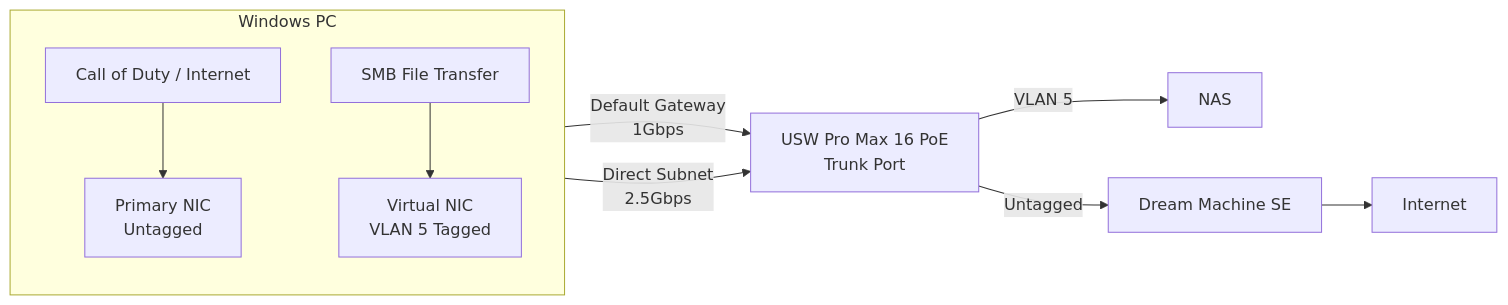
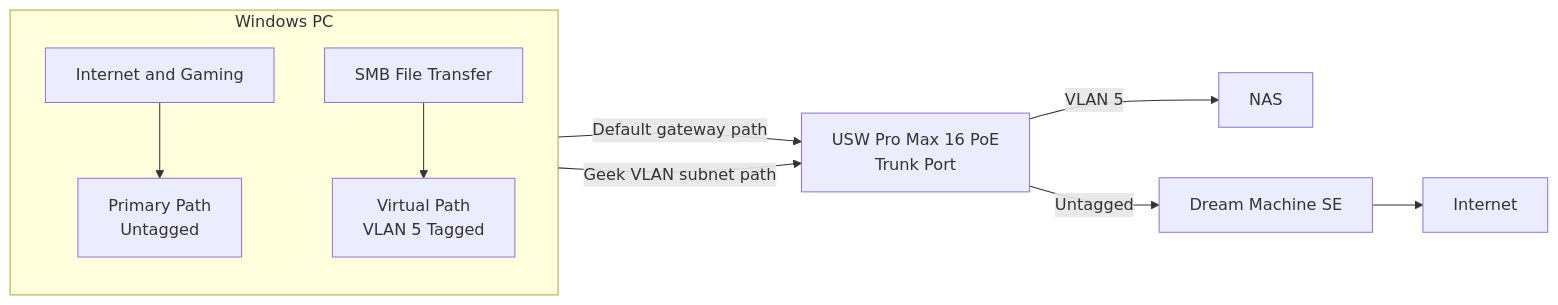
Before and after one commit to dfoulkes/dans-notes: the diagram in Writerside/topics/Optimising-Inter-VLANs-For-Port-Forwarding.md, drawn with Mermaid. The commit also changed other lines of this file, not shown here.

````diff
--- a/Writerside/topics/Optimising-Inter-VLANs-For-Port-Forwarding.md
+++ b/Writerside/topics/Optimising-Inter-VLANs-For-Port-Forwarding.md
@@ -22,17 +39,17 @@
 ```mermaid
 flowchart LR
   subgraph Windows PC
     direction TB
-    APP1[Call of Duty / Internet] --> NIC1[Primary NIC\nUntagged]
-    APP2[SMB File Transfer] --> NIC2[Virtual NIC\nVLAN 5 Tagged]
+    APP1[Internet and Gaming] --> NIC1[Primary Path\nUntagged]
+    APP2[SMB File Transfer] --> NIC2[Virtual Path\nVLAN 5 Tagged]
   end
 
   SW[USW Pro Max 16 PoE\nTrunk Port]
 
-  NIC1 -->|Default Gateway\n1Gbps| SW
-  NIC2 -->|Direct Subnet\n2.5Gbps| SW
-  
+  NIC1 -->|Default gateway path| SW
+  NIC2 -->|Geek VLAN subnet path| SW
+
   SW -->|VLAN 5| NAS[NAS]
   SW -->|Untagged| UDM[Dream Machine SE]
   UDM --> IN[Internet]
 ```
````
